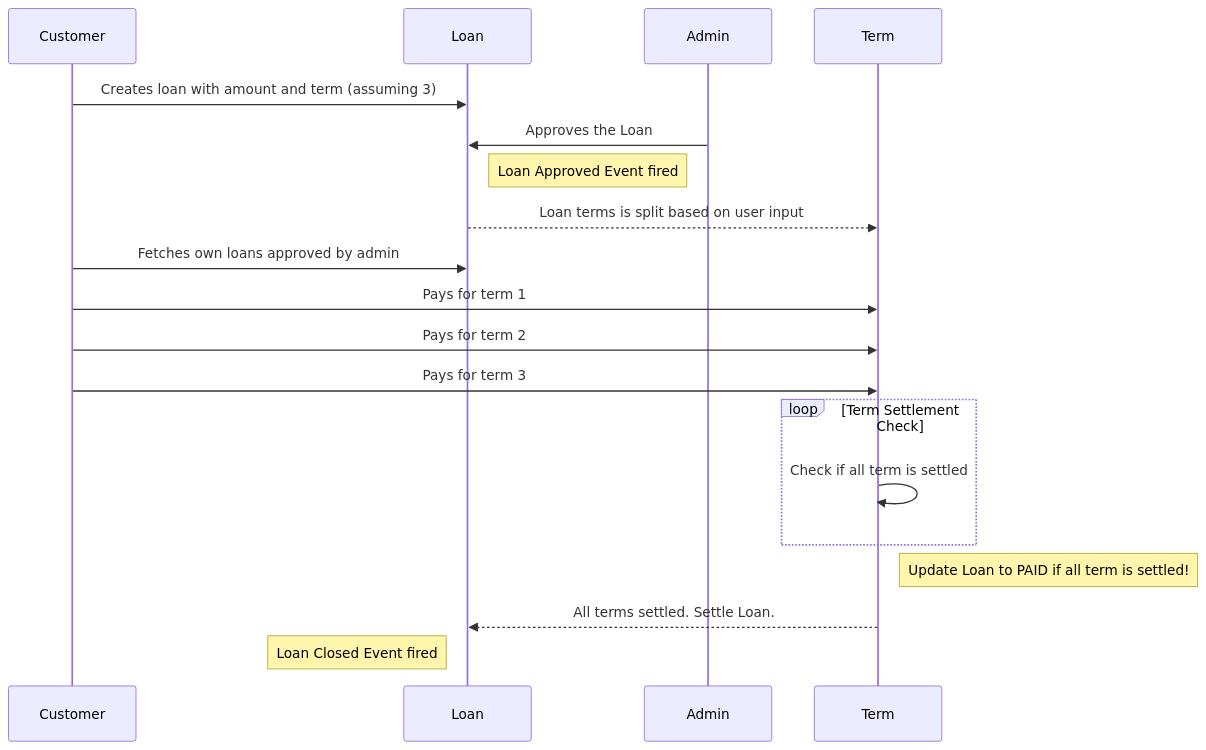
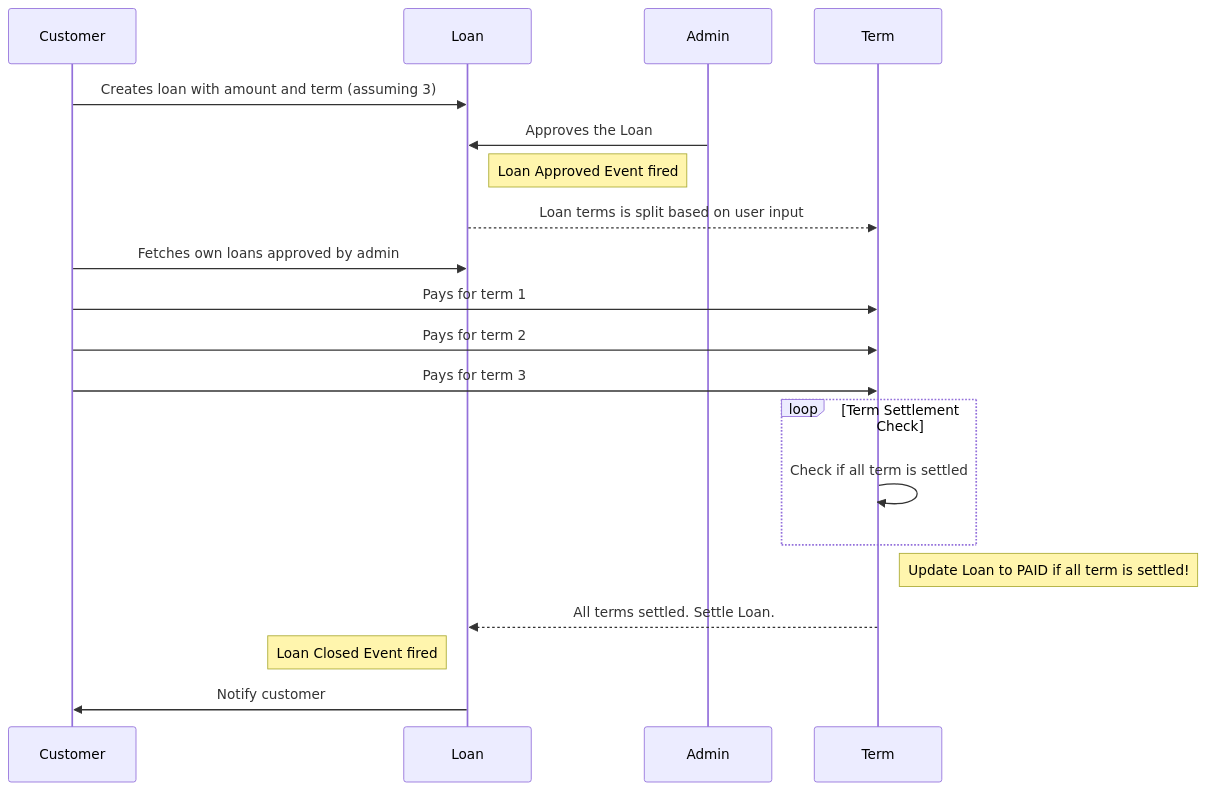
Before and after one commit to Sarav-S/aspire-code-challenge: the diagram in README.md, drawn with Mermaid.

````diff
--- a/README.md
+++ b/README.md
@@ -37,18 +37,18 @@
 ```mermaid
 sequenceDiagram
 Customer ->> Loan: Creates loan with amount and term (assuming 3)
 Admin->>Loan: Approves the Loan
 Note right of Loan: Loan Approved Event fired
 Loan-->>Term: Loan terms is split based on user input
 Customer ->> Loan: Fetches own loans approved by admin
 Customer ->> Term: Pays for term 1
 Customer ->> Term: Pays for term 2
 Customer ->> Term: Pays for term 3
 loop Term Settlement Check  
  Term->>Term: Check if all term is settled
 end  
 Note right of Term: Update Loan to PAID if all term is settled!
 Term-->>Loan: All terms settled. Settle Loan.
 Note left of Loan: Loan Closed Event fired
-
+Loan->>Customer: Notify customer
 ```
````
